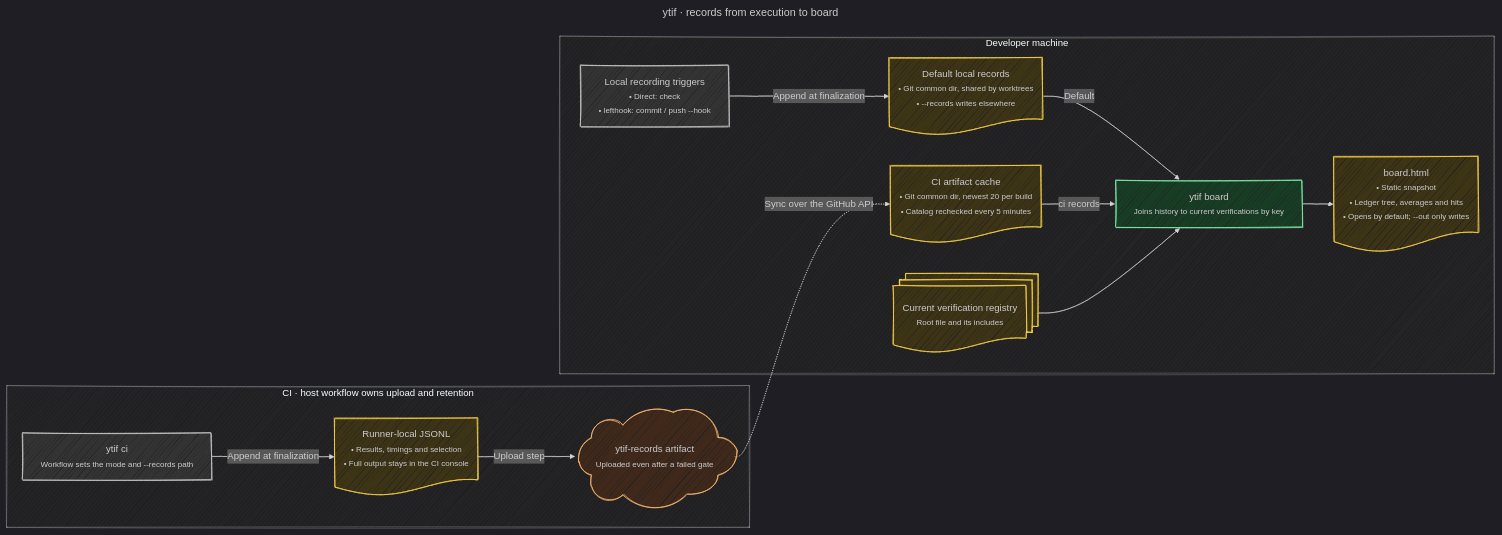
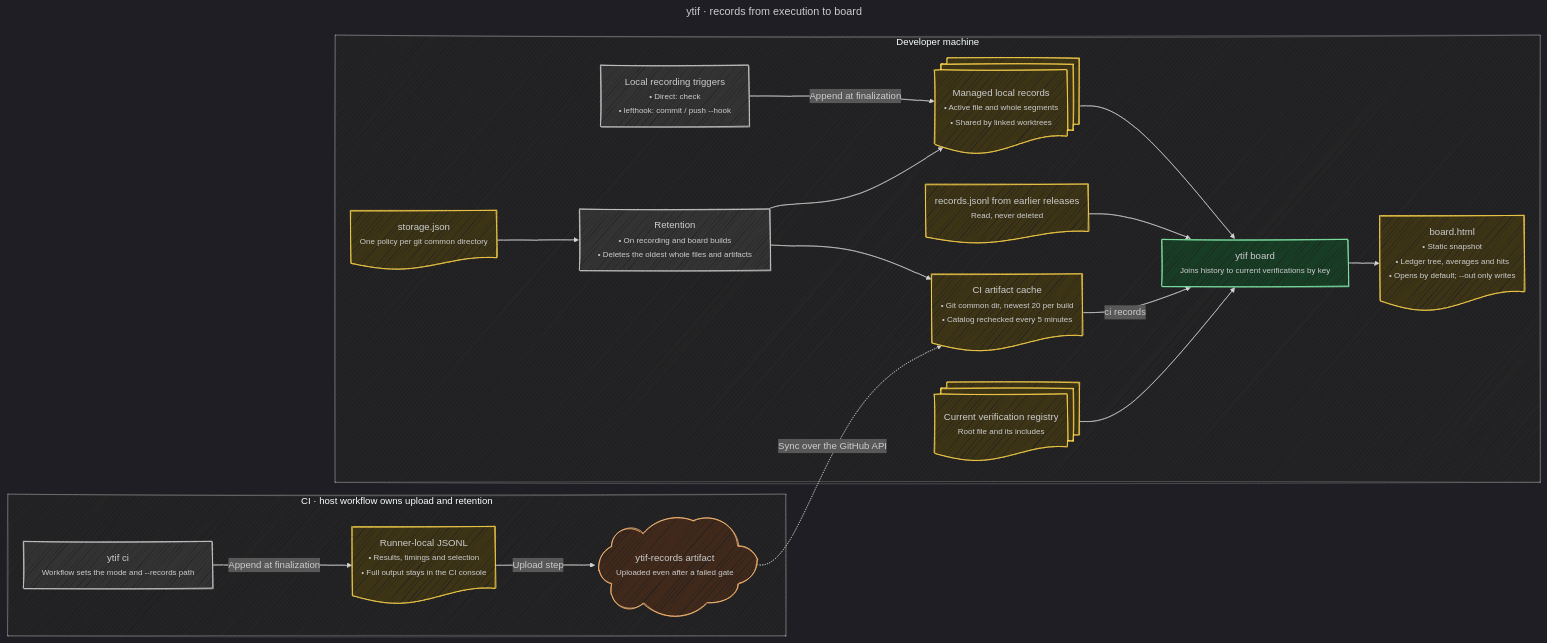
Before and after one commit to undervoke/ytif: the diagram in blueprint/records.mermaid, drawn with Mermaid. The commit also changed 16 other files, not shown here.

First line of the commit message:
feat(records): cap local and CI record storage

```diff
--- a/blueprint/records.mermaid
+++ b/blueprint/records.mermaid
@@ -1,62 +1,73 @@
 ---
 title: ytif · records from execution to board
 config:
   look: handDrawn
   handDrawnSeed: 5
   theme: dark
   themeVariables:
     mainBkg: "#333333"
     clusterBkg: "#242424"
   themeCSS: |
     small { display: inline-block; text-align: left; }
   flowchart:
     wrappingWidth: 270
 ---
-%% Behavior authority: internal/gate/gate.go (recordLines, writeRecords), internal/record/record.go, internal/cirecords/cirecords.go, internal/cli/cli.go (runGate, runBoard), internal/board/board.go (Render), .github/workflows/ci.yml and README.md (Records and board).
+%% Behavior authority: internal/gate/gate.go (recordLines, writeRecords), internal/record, internal/storage, internal/cirecords, internal/cli/cli.go (runGate, runBoard), internal/board/board.go (Render), .github/workflows/ci.yml and README.md (Records and board).
 %% CI upload is configured by the host workflow; ytif itself writes a local file. Artifact retention is also host-owned.
 %% Recording-enabled runs append at gate finalization, including ordinary failures. An early exit or forced termination may leave no records; interrupted work has no completed result.
 %% The board reads the local records and, on GitHub, syncs the repository's artifacts into a cache beside them; --records chooses other local files.
 flowchart LR
   subgraph Host["CI · host workflow owns upload and retention"]
     CIGate["ytif ci<br/><small>Workflow sets the mode and --records path</small>"]
     CIRec@{ shape: doc, label: "Runner-local JSONL<br/><small>• Results, timings and selection<br/>• Full output stays in the CI console</small>" }
     %% dinyd: internal/gate/gate.go#recordLines s1:40e67d8155cf6d7e
     Artifact@{ shape: cloud, label: "ytif-records artifact<br/><small>Uploaded even after a failed gate</small>" }
     %% dinyd: internal/record/record.go#ArtifactName s1:7cb35f171e9231c3
     %% dinyd: internal/record/record.go#ArtifactFile s1:89465f0422dd423c
     CIGate -->|Append at finalization| CIRec
-    %% dinyd: internal/gate/gate.go#Run s1:bc59694ce3896912
+    %% dinyd: internal/gate/gate.go#Run s1:48aeaded1e0ab95a
     CIRec -->|Upload step| Artifact
     %% dinyd: .github/workflows/ci.yml#/jobs/ytif/steps/6 s1:e0faf688a33499c5
   end
 
   subgraph Dev["Developer machine"]
     LocalGate["Local recording triggers<br/><small>• Direct: check<br/>• lefthook: commit / push --hook</small>"]
     %% dinyd: internal/cli/cli.go#runGate s1:2b68e51020262f2b
-    Default@{ shape: doc, label: "Default local records<br/><small>• Git common dir, shared by worktrees<br/>• --records writes elsewhere</small>" }
-    %% dinyd: internal/gate/gate.go#writeRecords s1:68e60c8f0f354f38
-    %% dinyd: internal/record/record.go#DefaultPath s1:4fb1cc34a5d7f2c9
+    Default@{ shape: docs, label: "Managed local records<br/><small>• Active file and whole segments<br/>• Shared by linked worktrees</small>" }
+    %% dinyd: internal/gate/gate.go#writeRecords s1:ca09717033ae166a
+    %% dinyd: internal/record/record.go#DefaultPath s1:ca79b9c2bc10b015
+    Legacy@{ shape: doc, label: "records.jsonl from earlier releases<br/><small>Read, never deleted</small>" }
+    %% dinyd: internal/record/managed.go#ReadManaged s1:e90c22da049d9cab
+    Policy@{ shape: doc, label: "storage.json<br/><small>One policy per git common directory</small>" }
+    %% dinyd: internal/storage/storage.go#Load s1:0ba85313cec0c9d2
+    Maintain["Retention<br/><small>• On recording and board builds<br/>• Deletes the oldest whole files and artifacts</small>"]
+    %% dinyd: internal/record/managed.go#Maintain s1:bd2e59d49354e99e
     Cache@{ shape: doc, label: "CI artifact cache<br/><small>• Git common dir, newest 20 per build<br/>• Catalog rechecked every 5 minutes</small>" }
     %% dinyd: internal/cirecords/cirecords.go#CacheDir s1:574c952dc4063ca7
-    %% dinyd: internal/cirecords/cirecords.go#syncer.sync s1:fe0d239ce86a3403
+    %% dinyd: internal/cirecords/cirecords.go#syncer.sync s1:6081eb13c63d30f1
     %% dinyd: internal/cirecords/cirecords.go#catalogTTL s1:ac8ca11e8073982d
     %% dinyd: internal/cirecords/cirecords.go#maxDownloads s1:e27819ca56ccc4ba
     Registry@{ shape: docs, label: "Current verification registry<br/><small>Root file and its includes</small>" }
     Board["ytif board<br/><small>Joins history to current verifications by key</small>"]
-    %% dinyd: internal/cli/cli.go#runBoard s1:fba96009e37de463
+    %% dinyd: internal/cli/cli.go#runBoard s1:9900fb06a94fcf25
     HTML@{ shape: doc, label: "board.html<br/><small>• Static snapshot<br/>• Ledger tree, averages and hits<br/>• Opens by default; --out only writes</small>" }
     %% dinyd: internal/board/board.go#Render s1:c7be22f94b532a23
     LocalGate -->|Append at finalization| Default
-    Default -->|Default| Board
+    Policy --> Maintain
+    Maintain --> Default
+    Maintain --> Cache
+    %% dinyd: internal/cirecords/retention.go#syncer.runGC s1:76c793dbc299453a
+    Default --> Board
+    Legacy --> Board
     Cache -->|ci records| Board
     Registry --> Board --> HTML
   end
 
   Artifact -.->|Sync over the GitHub API| Cache
 
   classDef em fill:#173d25,stroke:#86efac
   classDef file fill:#3d3415,stroke:#fcd34d
   classDef ext fill:#40291a,stroke:#fdba74
   class Board em
-  class CIRec,Default,Cache,Registry,HTML file
+  class CIRec,Default,Legacy,Policy,Cache,Registry,HTML file
   class Artifact ext
```
